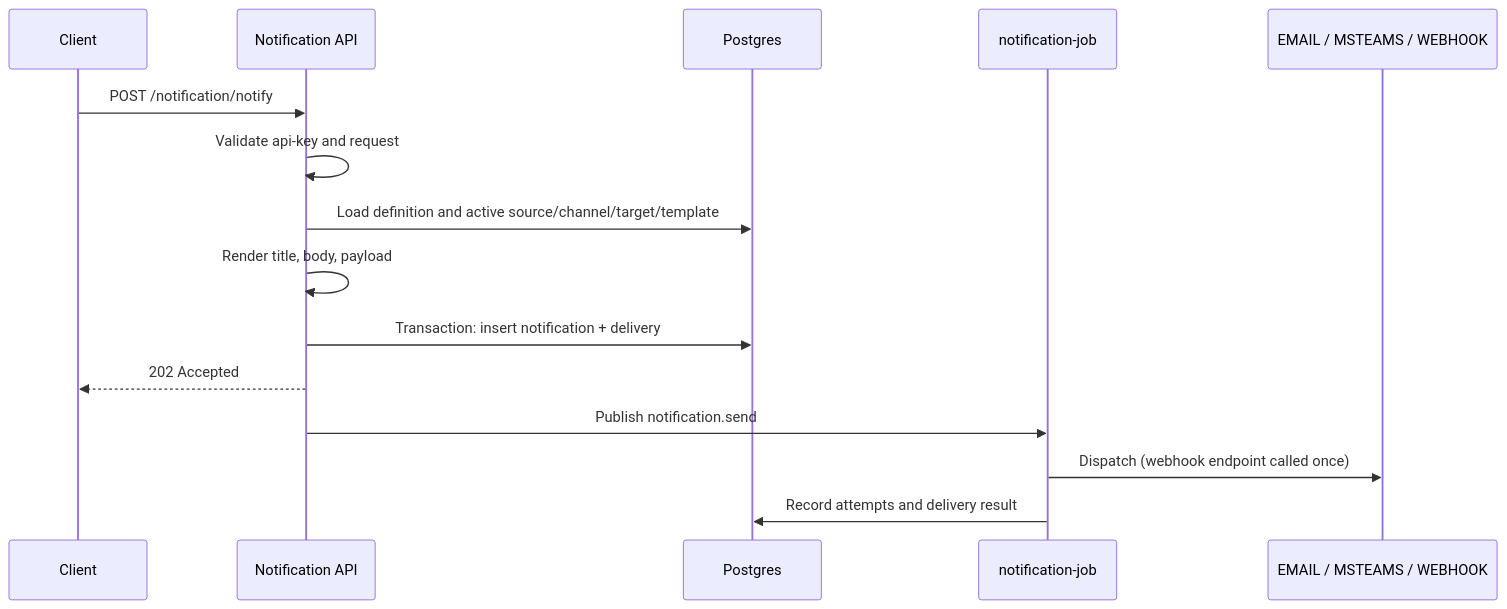
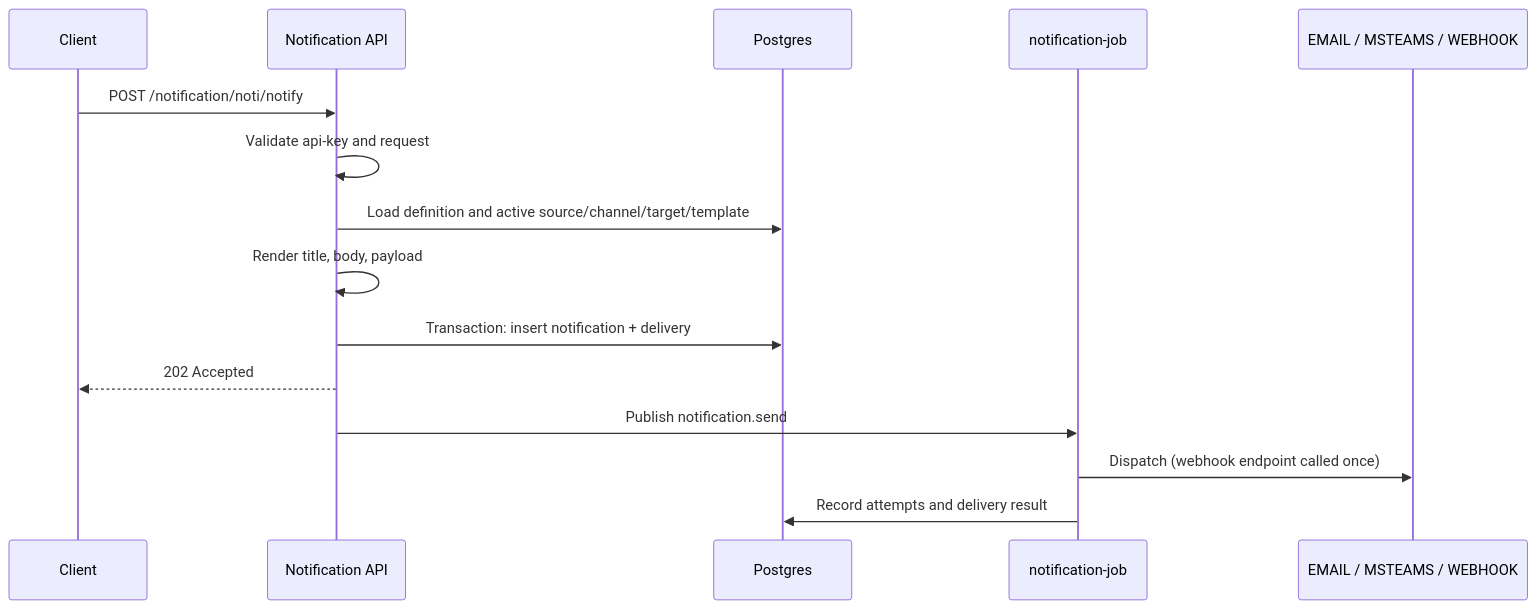
The diagram in docs/api_flow.md (AtlasBevis/notification-service), drawn with Mermaid before and after one commit. The commit also changed other lines of this file and 15 other files, not shown here.

````diff
--- a/docs/api_flow.md
+++ b/docs/api_flow.md
@@ -29,18 +29,18 @@
 ```mermaid
 sequenceDiagram
     participant Client
     participant API as Notification API
     participant DB as Postgres
     participant Worker as notification-job
     participant Channel as EMAIL / MSTEAMS / WEBHOOK
 
-    Client->>API: POST /notification/notify
+    Client->>API: POST /notification/noti/notify
     API->>API: Validate api-key and request
     API->>DB: Load definition and active source/channel/target/template
     API->>API: Render title, body, payload
     API->>DB: Transaction: insert notification + delivery
     API-->>Client: 202 Accepted
     API->>Worker: Publish notification.send
     Worker->>Channel: Dispatch (webhook endpoint called once)
     Worker->>DB: Record attempts and delivery result
 ```
````
